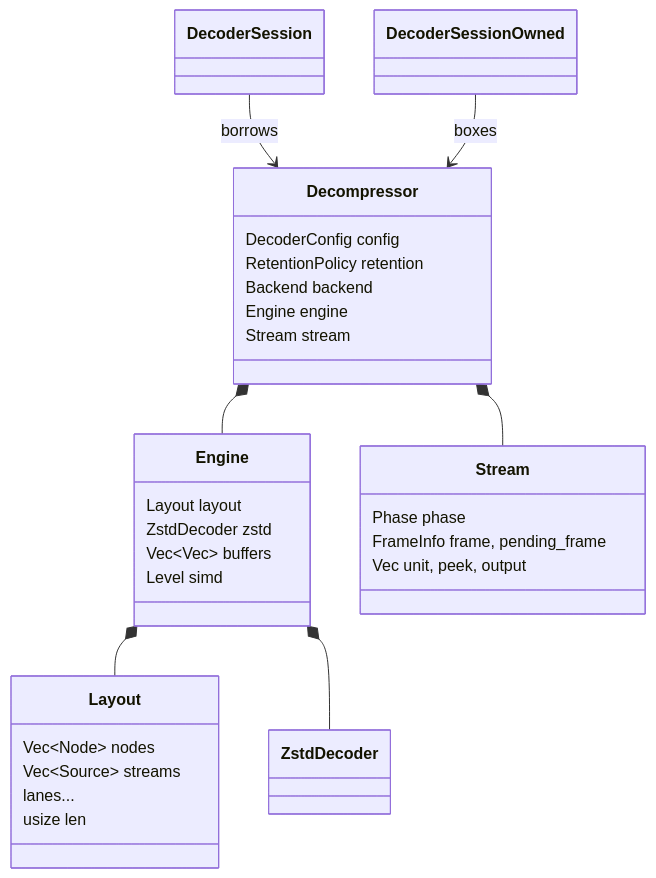
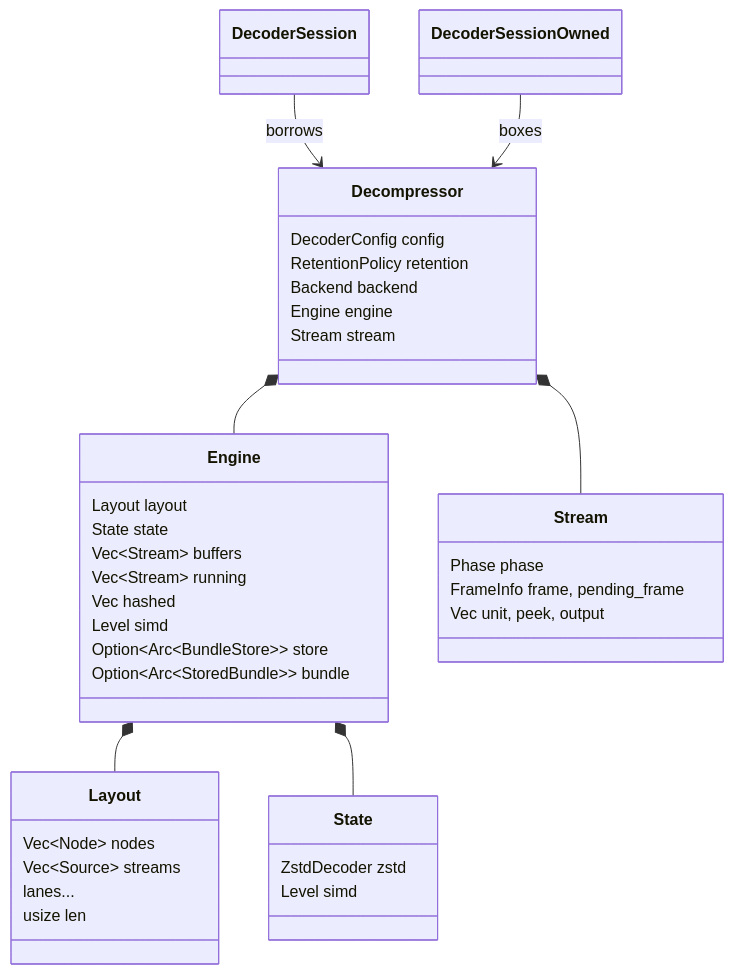
One commit to M-Compressors/mopenzl changed the first of 6 diagrams in architecture/decompressor.md. Above: the diagram before and after it, drawn with Mermaid. The commit also changed other lines of this file and 784 other files, not shown here.

Commit message:
Support graph with all codecs

````diff
--- a/architecture/decompressor.md
+++ b/architecture/decompressor.md
@@ -5,33 +5,41 @@
 ```mermaid
 classDiagram
     class Decompressor {
         DecoderConfig config
         RetentionPolicy retention
         Backend backend
         Engine engine
         Stream stream
     }
     class Engine {
         Layout layout
+        State state
+        Vec~Stream~ buffers
+        Vec~Stream~ running
+        Vec hashed
+        Level simd
+        Option~Arc~BundleStore~~ store
+        Option~Arc~StoredBundle~~ bundle
+    }
+    class State {
         ZstdDecoder zstd
-        Vec~Vec~ buffers
         Level simd
     }
     class Layout {
         Vec~Node~ nodes
         Vec~Source~ streams
         lanes...
         usize len
     }
     class Stream {
         Phase phase
         FrameInfo frame, pending_frame
         Vec unit, peek, output
     }
     Decompressor *-- Engine
     Decompressor *-- Stream
     Engine *-- Layout
-    Engine *-- ZstdDecoder
+    Engine *-- State
     DecoderSession --> Decompressor : borrows
     DecoderSessionOwned --> Decompressor : boxes
 ```
````
